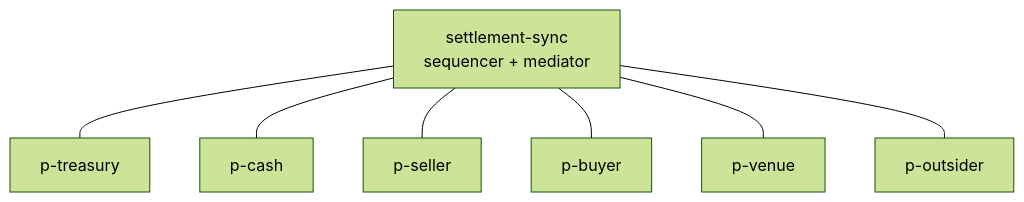
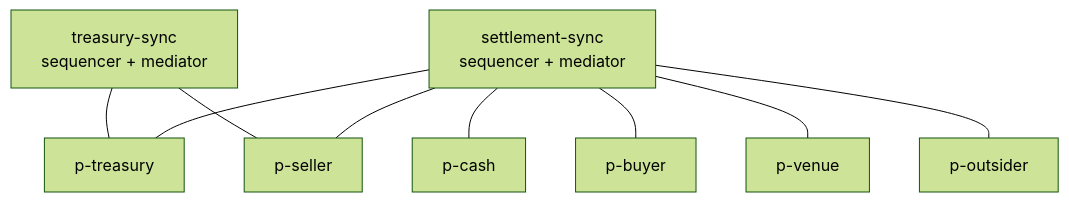
Before and after one commit to ayushmishra2005/canton-treasury-dvp: the diagram in README.md, drawn with Mermaid (forest theme). The commit also changed other lines of this file and 13 other files, not shown here.

````diff
--- a/README.md
+++ b/README.md
@@ -85,10 +84,13 @@
 ```mermaid
 graph TD
-  S[settlement-sync<br/>sequencer + mediator]
-  S --- T[p-treasury]
-  S --- C[p-cash]
-  S --- SE[p-seller]
-  S --- B[p-buyer]
-  S --- V[p-venue]
-  S --- O[p-outsider]
+  TS[treasury-sync<br/>sequencer + mediator]
+  SS[settlement-sync<br/>sequencer + mediator]
+  TS --- T[p-treasury]
+  TS --- SE[p-seller]
+  SS --- T
+  SS --- SE
+  SS --- C[p-cash]
+  SS --- B[p-buyer]
+  SS --- V[p-venue]
+  SS --- O[p-outsider]
 ```
````
